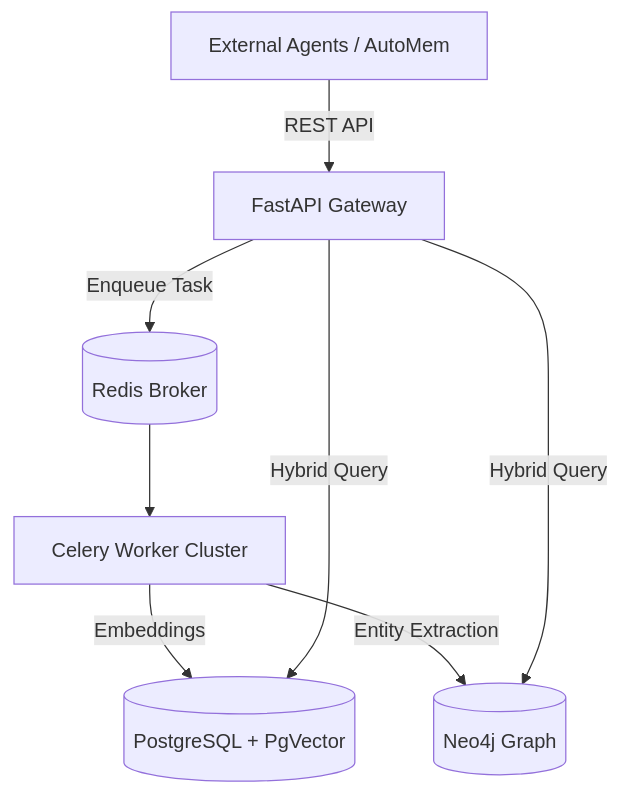
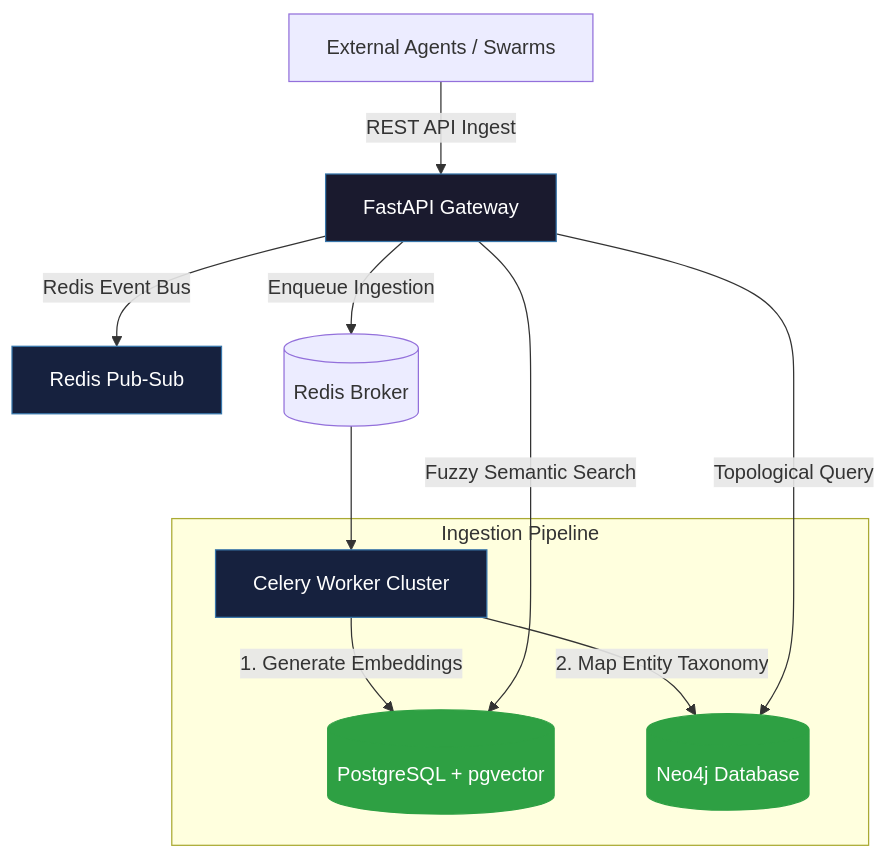
Before and after one commit to axtontc/OmniMem: the diagram in README.md, drawn with Mermaid. The commit also changed other lines of this file and 85 other files, not shown here.

````diff
--- a/README.md
+++ b/README.md
@@ -39,11 +97,21 @@
 ```mermaid
-graph TD
-    Client[External Agents / AutoMem] -->|REST API| API[FastAPI Gateway]
-    API -->|Enqueue Task| Redis[(Redis Broker)]
-    Redis --> Worker[Celery Worker Cluster]
-    Worker -->|Embeddings| Pg[(PostgreSQL + PgVector)]
-    Worker -->|Entity Extraction| Graph[(Neo4j Graph)]
+flowchart TD
+    Client[External Agents / Swarms] -->|REST API Ingest| API[FastAPI Gateway]
+    API -->|Redis Event Bus| Bus[Redis Pub-Sub]
+    API -->|Enqueue Ingestion| TaskQueue[(Redis Broker)]
+    TaskQueue --> Worker[Celery Worker Cluster]
     
-    API -->|Hybrid Query| Pg
-    API -->|Hybrid Query| Graph
+    subgraph Ingestion Pipeline
+        Worker -->|1. Generate Embeddings| Pg[(PostgreSQL + pgvector)]
+        Worker -->|2. Map Entity Taxonomy| Graph[(Neo4j Database)]
+    end
+    
+    API -->|Fuzzy Semantic Search| Pg
+    API -->|Topological Query| Graph
+
+    style API fill:#1a1a2e,stroke:#3776AB,color:#fff
+    style Bus fill:#16213e,stroke:#3776AB,color:#fff
+    style Worker fill:#16213e,stroke:#3776AB,color:#fff
+    style Pg fill:#2ea043,stroke:#2ea043,color:#fff
+    style Graph fill:#2ea043,stroke:#2ea043,color:#fff
 ```
````
